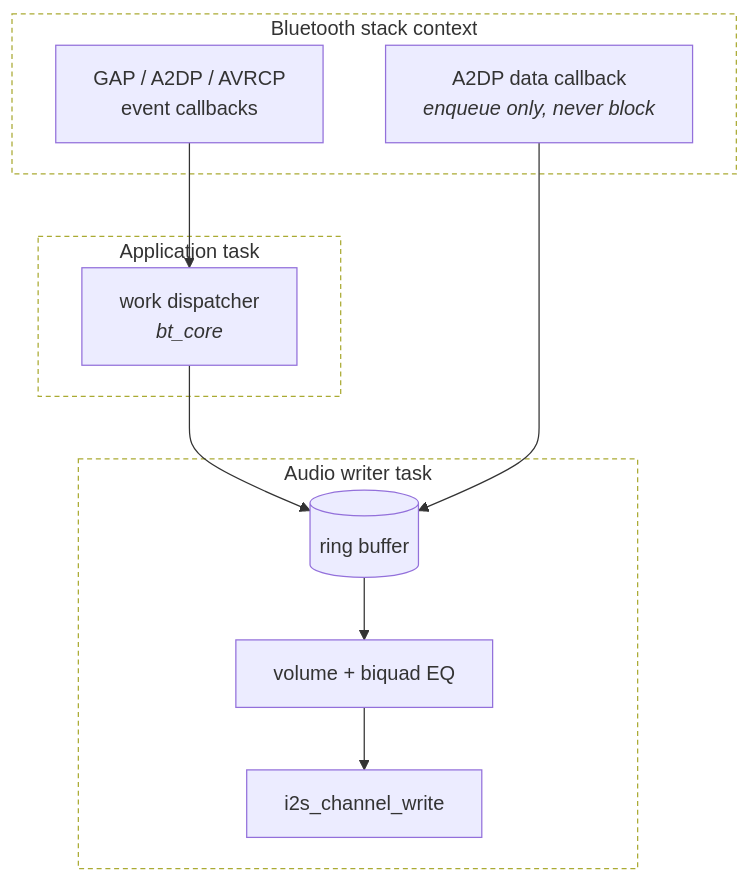
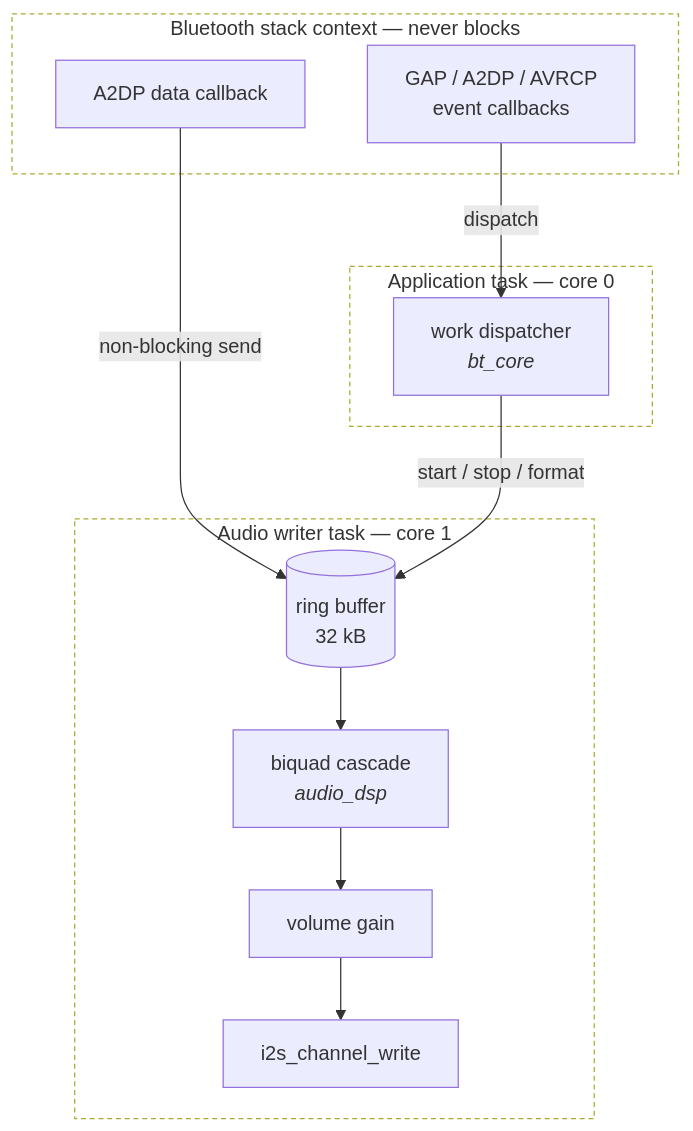
Before and after one commit to Zektopic/esp32-blue-audio-puck: the second of 2 diagrams in README.md, drawn with Mermaid. The commit also changed other lines of this file and 3 other files, not shown here.

````diff
--- a/README.md
+++ b/README.md
@@ -35,23 +59,24 @@
 ```mermaid
 flowchart TD
-    subgraph BTCTX["Bluetooth stack context"]
-        A2DP["A2DP data callback<br/><i>enqueue only, never block</i>"]
+    subgraph BTCTX["Bluetooth stack context — never blocks"]
+        A2DP["A2DP data callback"]
         EVT["GAP / A2DP / AVRCP<br/>event callbacks"]
     end
-    subgraph APPCTX["Application task"]
+    subgraph APPCTX["Application task — core 0"]
         WORK["work dispatcher<br/><i>bt_core</i>"]
     end
-    subgraph AUDCTX["Audio writer task"]
-        RB[("ring buffer")]
-        PROC["volume + biquad EQ"]
+    subgraph AUDCTX["Audio writer task — core 1"]
+        RB[("ring buffer<br/>32 kB")]
+        EQ["biquad cascade<br/><i>audio_dsp</i>"]
+        VOL["volume gain"]
         I2S["i2s_channel_write"]
     end
 
-    EVT --> WORK
-    WORK --> RB
-    A2DP --> RB
-    RB --> PROC --> I2S
+    A2DP -- "non-blocking send" --> RB
+    EVT -- "dispatch" --> WORK
+    WORK -- "start / stop / format" --> RB
+    RB --> EQ --> VOL --> I2S
 
     classDef ctx fill:none,stroke-dasharray:4 3
     class BTCTX,APPCTX,AUDCTX ctx
 ```
````
